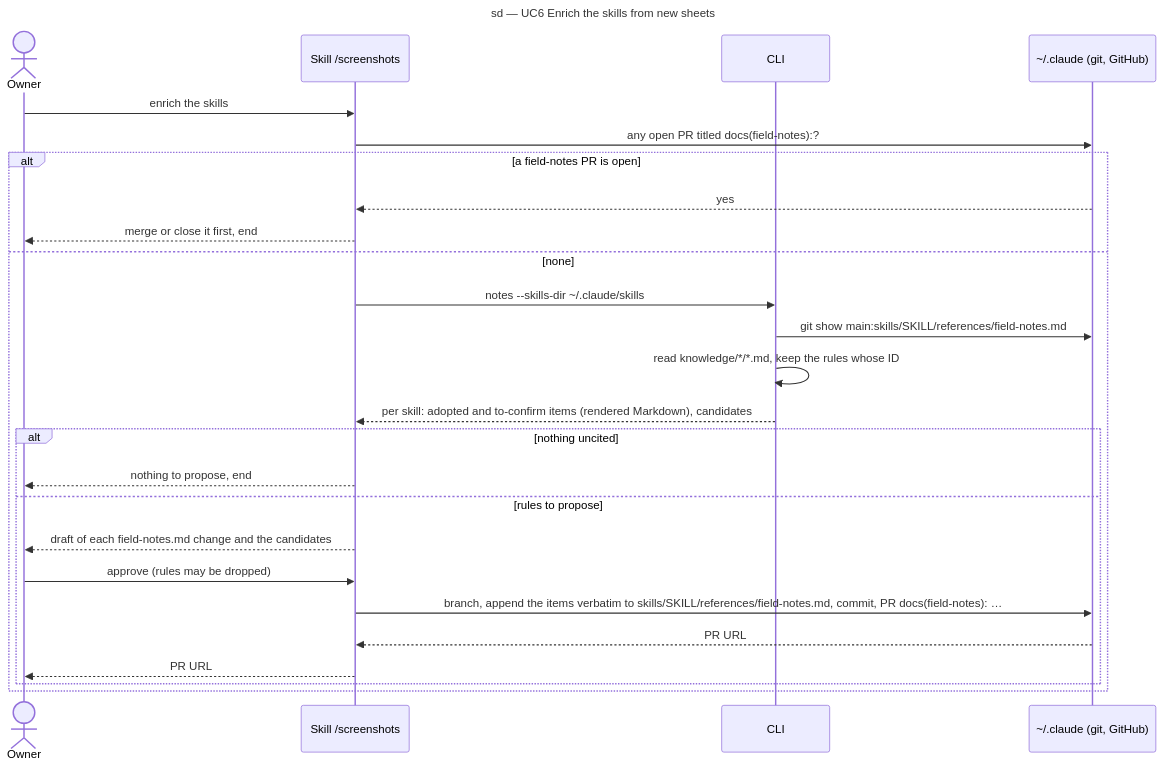
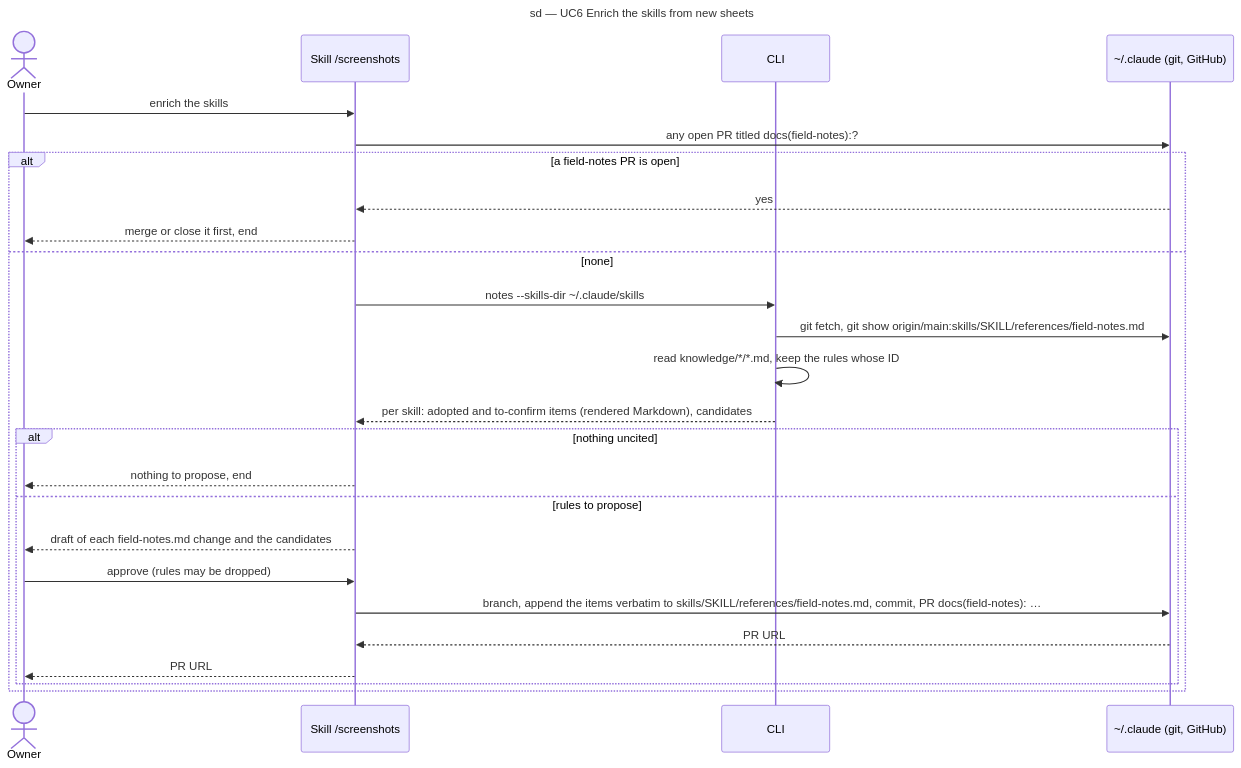
Before and after one commit to benoit-bremaud/screenshot-triage: the diagram in docs/architecture/diagrams/extract/02-sequence-enrichment-pr.md, drawn with Mermaid. The commit also changed 8 other files, not shown here.

First line of the commit message:
docs(extract/architecture): fix review round 2 findings

````diff
--- a/docs/architecture/diagrams/extract/02-sequence-enrichment-pr.md
+++ b/docs/architecture/diagrams/extract/02-sequence-enrichment-pr.md
@@ -14,28 +14,28 @@
 ```mermaid
 sequenceDiagram
   title sd — UC6 Enrich the skills from new sheets
   actor Owner
   participant Skill as Skill /screenshots
   participant CLI as CLI
   participant Claude as ~/.claude (git, GitHub)
   Owner->>Skill: enrich the skills
   Skill->>Claude: any open PR titled docs(field-notes):?
   alt a field-notes PR is open
     Claude-->>Skill: yes
     Skill-->>Owner: merge or close it first, end
   else none
     Skill->>CLI: notes --skills-dir ~/.claude/skills
-    CLI->>Claude: git show main:skills/SKILL/references/field-notes.md
+    CLI->>Claude: git fetch, git show origin/main:skills/SKILL/references/field-notes.md
     CLI->>CLI: read knowledge/*/*.md, keep the rules whose ID#N is not cited, render them escaped
     CLI-->>Skill: per skill: adopted and to-confirm items (rendered Markdown), candidates
     alt nothing uncited
       Skill-->>Owner: nothing to propose, end
     else rules to propose
       Skill-->>Owner: draft of each field-notes.md change and the candidates
       Owner->>Skill: approve (rules may be dropped)
       Skill->>Claude: branch, append the items verbatim to skills/SKILL/references/field-notes.md, commit, PR docs(field-notes): …
       Claude-->>Skill: PR URL
       Skill-->>Owner: PR URL
     end
   end
 ```
````
